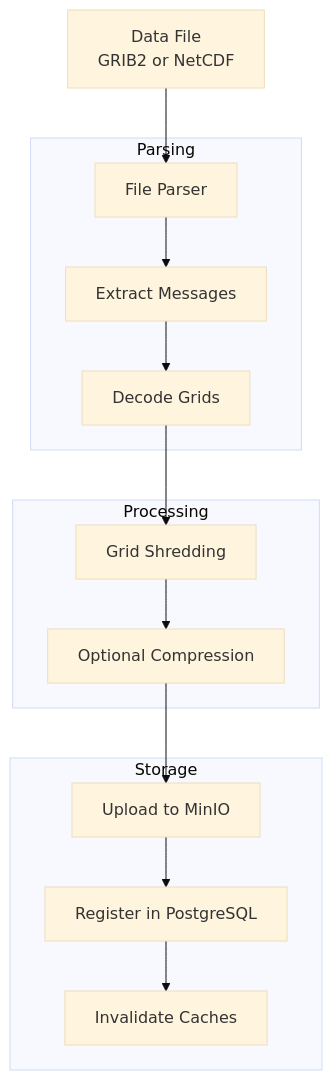
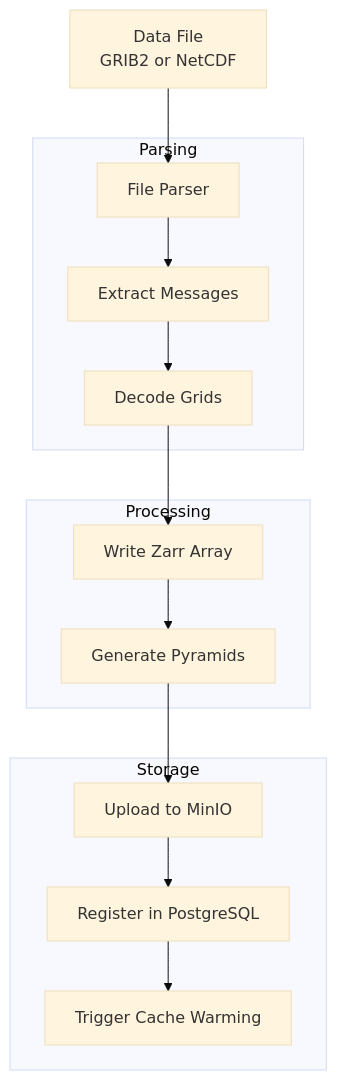
The diagram in docs/src/services/ingester.md (JoegottabeGitenme/JoeGCServices), drawn with Mermaid (base theme) before and after one commit. The commit also changed other lines of this file and 9 other files, not shown here.

Commit message:
fixed up the rest of the GFS layers and levels updated docs with some stuff about zarr pyramid tiling and grid processor among other bits

````diff
--- a/docs/src/services/ingester.md
+++ b/docs/src/services/ingester.md
@@ -51,31 +51,31 @@
 ```mermaid
 graph TB
     Input["Data File
     GRIB2 or NetCDF"]
     
     subgraph Parsing
         Parse["File Parser"]
         Extract["Extract Messages"]
         Decode["Decode Grids"]
     end
     
     subgraph Processing
-        Shard["Grid Shredding"]
-        Compress["Optional Compression"]
+        Zarr["Write Zarr Array"]
+        Pyramid["Generate Pyramids"]
     end
     
     subgraph StorageLayer["Storage"]
         Upload["Upload to MinIO"]
         Catalog["Register in PostgreSQL"]
-        Invalidate["Invalidate Caches"]
+        Warm["Trigger Cache Warming"]
     end
     
     Input --> Parse
     Parse --> Extract
     Extract --> Decode
-    Decode --> Shard
-    Shard --> Compress
-    Compress --> Upload
+    Decode --> Zarr
+    Zarr --> Pyramid
+    Pyramid --> Upload
     Upload --> Catalog
-    Catalog --> Invalidate
+    Catalog --> Warm
 ```
````
